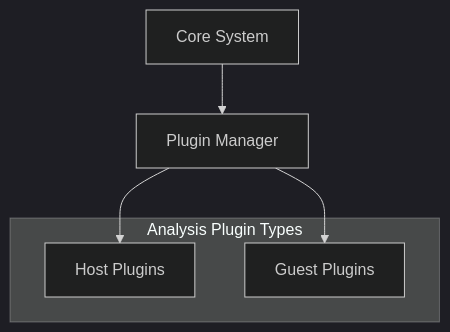
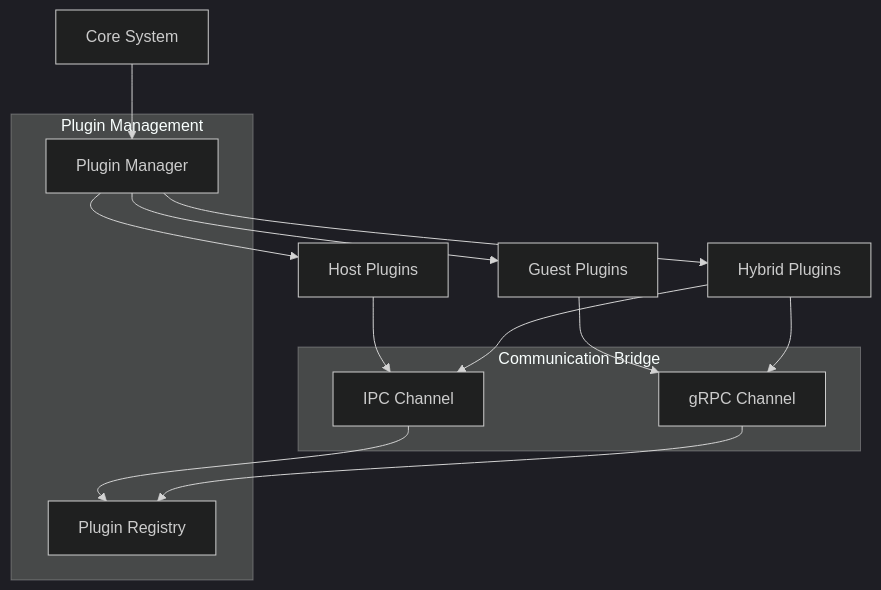
The first of 2 diagrams in README.md (DualHorizon/malbox), drawn with Mermaid (dark theme) before and after one commit. The commit also changed other lines of this file, not shown here.

````diff
--- a/README.md
+++ b/README.md
@@ -47,11 +48,25 @@
 ```mermaid
 graph TD
     A[Core System] --> B[Plugin Manager]
     B --> C[Host Plugins]
     B --> D[Guest Plugins]
+    B --> E[Hybrid Plugins]
     
-    subgraph "Analysis Plugin Types"
-        C
-        D
+    C --> F[IPC Channel]
+    D --> G[gRPC Channel]
+    E --> F
+    E --> G
+    
+    F --> H[Plugin Registry]
+    G --> H
+    
+    subgraph "Communication Bridge"
+        F
+        G
+    end
+    
+    subgraph "Plugin Management"
+        B
+        H
     end
 ```
````
